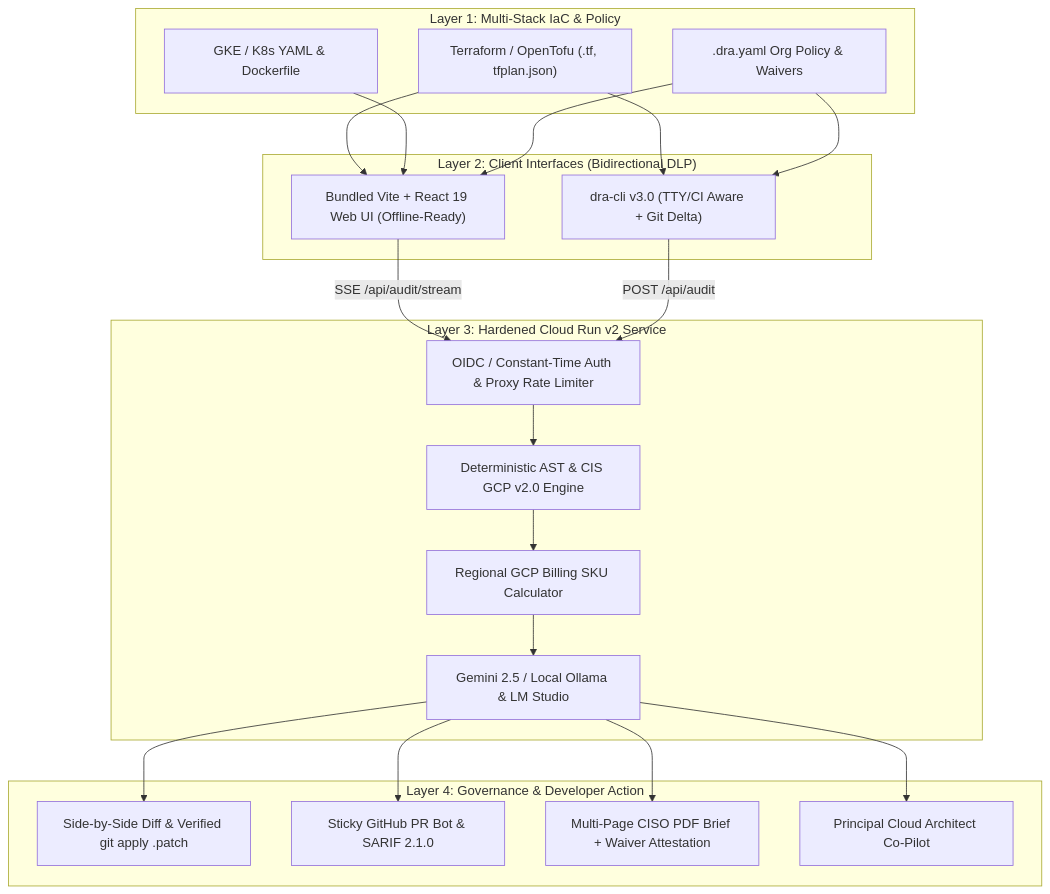
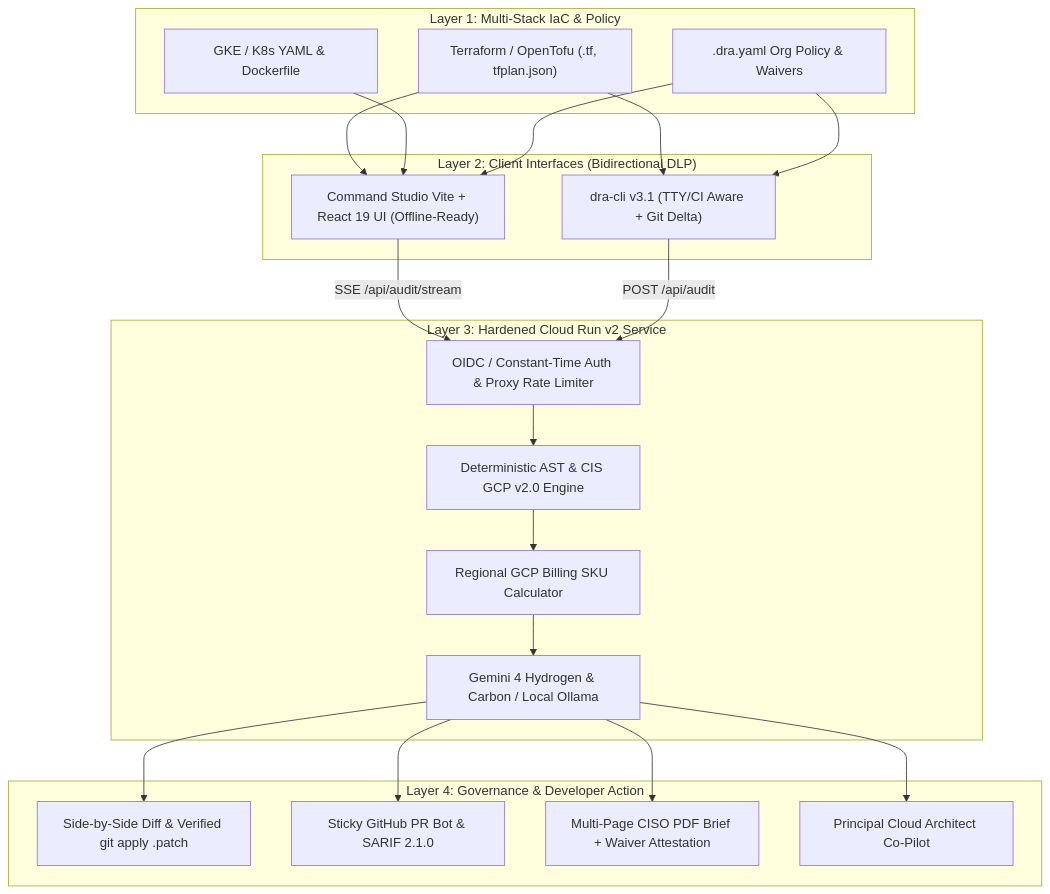
The diagram in README.md (damian-sztankowski/Deployment-Readiness-Auditor), drawn with Mermaid before and after one commit. The commit also changed other lines of this file and 22 other files, not shown here.

First line of the commit message:
feat(v3.1): upgrade default AI engine to Gemini 4 Hydrogen and redesign Command Studio UI

````diff
--- a/README.md
+++ b/README.md
@@ -54,44 +55,44 @@
 ```mermaid
 flowchart TD
     subgraph Inputs["Layer 1: Multi-Stack IaC & Policy"]
         TF["Terraform / OpenTofu (.tf, tfplan.json)"]
         K8S["GKE / K8s YAML & Dockerfile"]
         POL[".dra.yaml Org Policy & Waivers"]
     end
 
     subgraph Clients["Layer 2: Client Interfaces (Bidirectional DLP)"]
-        WEB["Bundled Vite + React 19 Web UI (Offline-Ready)"]
-        CLI["dra-cli v3.0 (TTY/CI Aware + Git Delta)"]
+        WEB["Command Studio Vite + React 19 UI (Offline-Ready)"]
+        CLI["dra-cli v3.1 (TTY/CI Aware + Git Delta)"]
     end
 
     subgraph Backend["Layer 3: Hardened Cloud Run v2 Service"]
         SEC["OIDC / Constant-Time Auth & Proxy Rate Limiter"]
         AST["Deterministic AST & CIS GCP v2.0 Engine"]
         FIN["Regional GCP Billing SKU Calculator"]
-        AI["Gemini 2.5 / Local Ollama & LM Studio"]
+        AI["Gemini 4 Hydrogen & Carbon / Local Ollama"]
     end
 
     subgraph Outputs["Layer 4: Governance & Developer Action"]
         DIFF["Side-by-Side Diff & Verified git apply .patch"]
         PR["Sticky GitHub PR Bot & SARIF 2.1.0"]
         PDF["Multi-Page CISO PDF Brief + Waiver Attestation"]
         CHAT["Principal Cloud Architect Co-Pilot"]
     end
 
     TF --> WEB
     K8S --> WEB
     POL --> WEB
     TF --> CLI
     POL --> CLI
 
     WEB -->|SSE /api/audit/stream| SEC
     CLI -->|POST /api/audit| SEC
     SEC --> AST
     AST --> FIN
     FIN --> AI
 
     AI --> DIFF
     AI --> PR
     AI --> PDF
     AI --> CHAT
 ```
````
